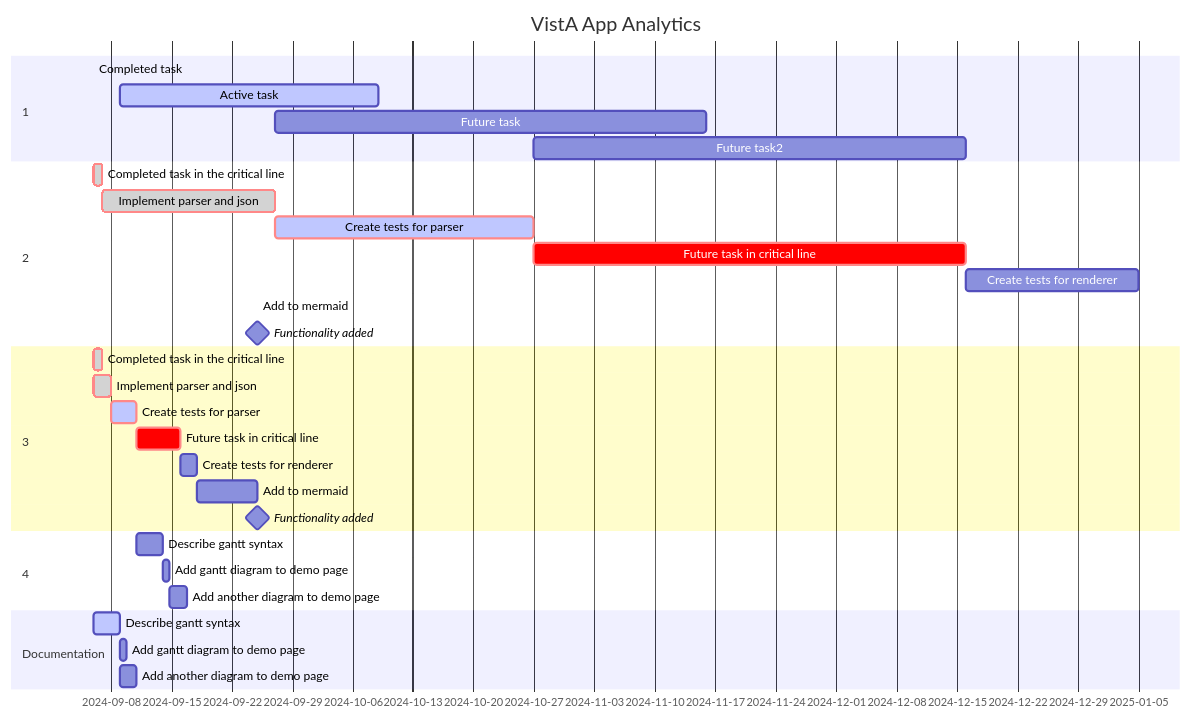
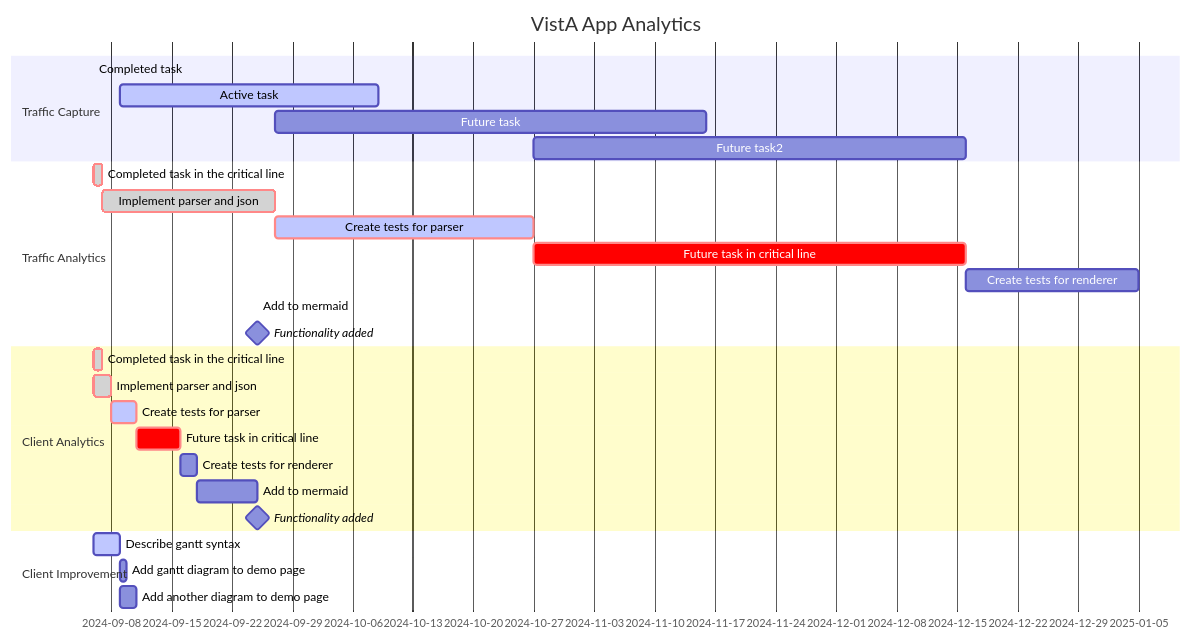
The diagram in readme.md (cloudvista/vaa), drawn with Mermaid before and after one commit.

````diff
--- a/readme.md
+++ b/readme.md
@@ -43,40 +43,36 @@
 ```mermaid
 gantt
     dateFormat  YY-MM-DD
     title       VistA App Analytics
  
-    section 1
+    section Traffic Capture
     Completed task            :done,    task1, 2024-09-06,2024-09-08
     Active task               :active,  task2, 2024-09-09, 30d
     Future task               :         task3, after task2, 50d
     Future task2              :         task4, after task3, 50d
 
-    section 2
+    section Traffic Analytics
     Completed task in the critical line :crit, done, 2024-09-06,24h
     Implement parser and json          :crit, done, after task1, 20d
     Create tests for parser             :crit, active, 30d
     Future task in critical line        :crit, 50d
     Create tests for renderer           :20d
     Add to mermaid                      :until isadded
     Functionality added                 :milestone, isadded, 2024-09-25, 0d
     
-    section 3
+    section Client Analytics
     Completed task in the critical line :crit, done, 2024-09-06,24h
     Implement parser and json          :crit, done, after des1, 2d
     Create tests for parser             :crit, active, 3d
     Future task in critical line        :crit, 5d
     Create tests for renderer           :2d
     Add to mermaid                      :until isadded
     Functionality added                 :milestone, isadded, 2024-09-25, 0d
 
-    section 4
-    Describe gantt syntax               :after doc1, 3d
-    Add gantt diagram to demo page      :20h
-    Add another diagram to demo page    :48h
 
-    section Documentation
+    section Client Improvement
     Describe gantt syntax               :active, a1, after des1, 3d
     Add gantt diagram to demo page      :after a1  , 20h
     Add another diagram to demo page    :doc1, after a1  , 48h
 
 ```
````
